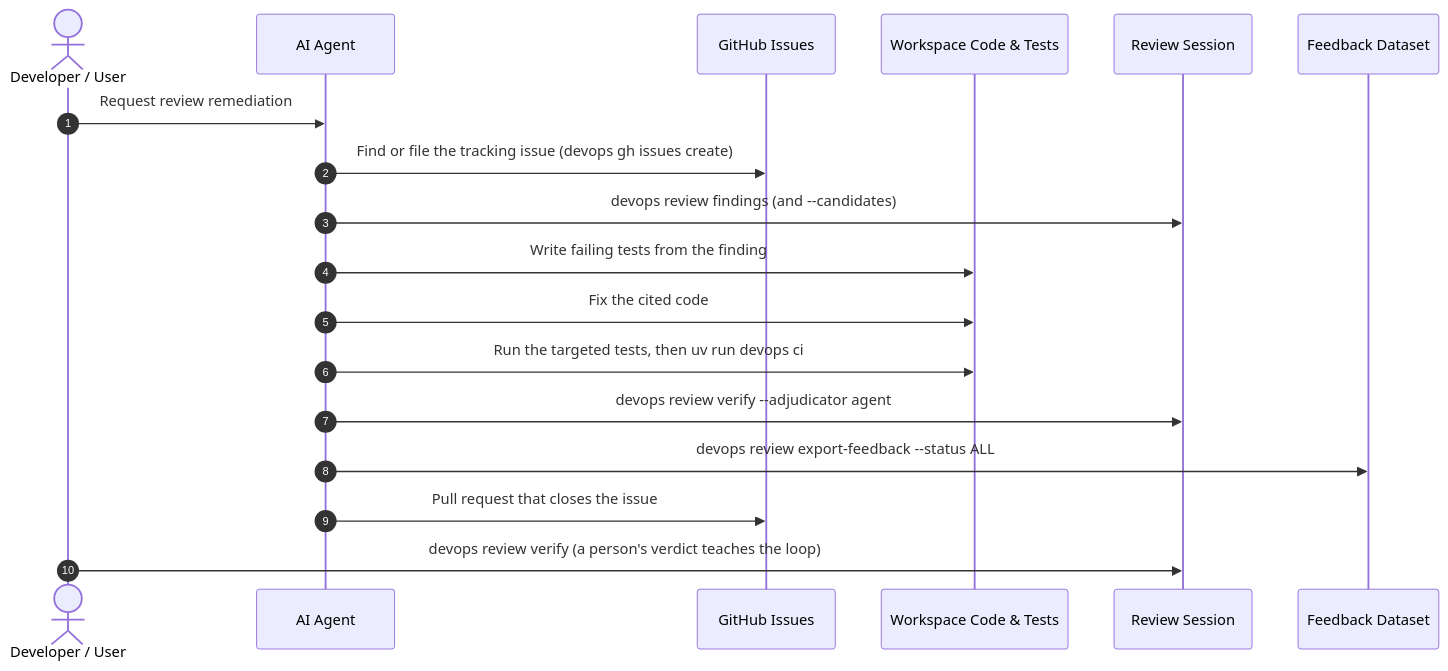
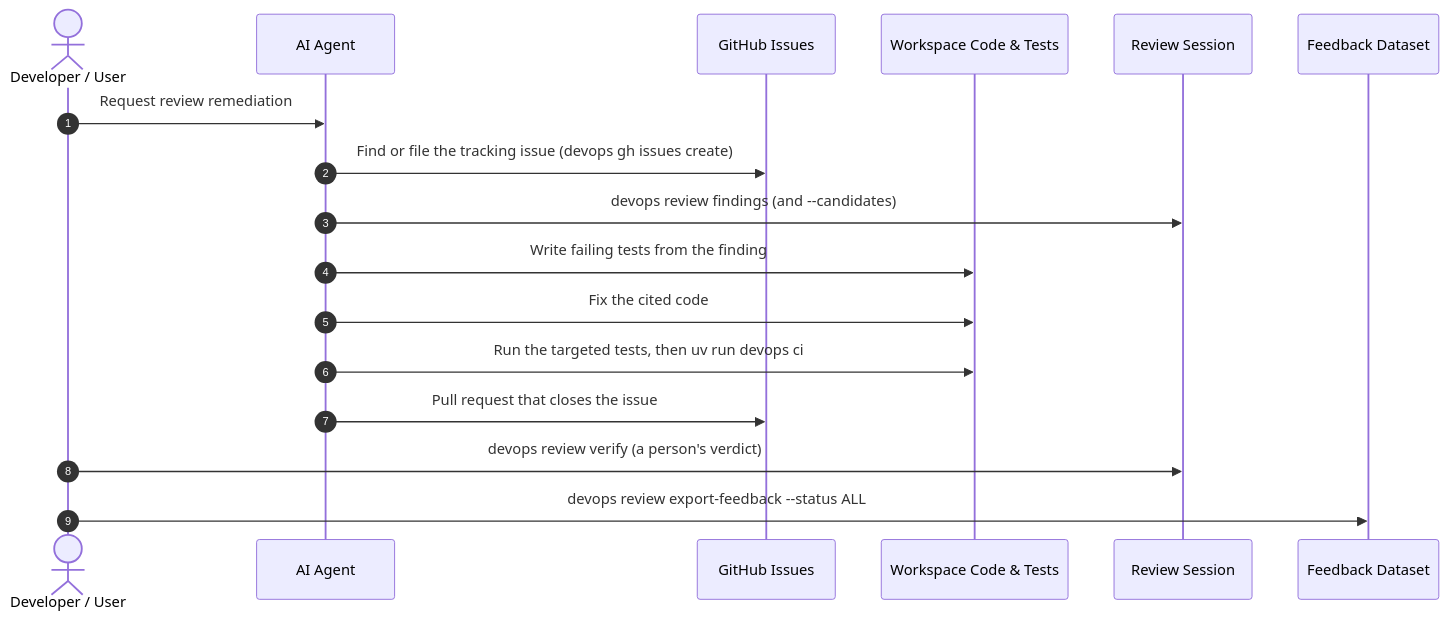
One commit to dan-petty/devops-cli changed the second of 2 diagrams in docs/SELF_IMPROVEMENT.md. Above: the diagram before and after it, drawn with Mermaid. The commit also changed other lines of this file and 330 other files, not shown here.

````diff
--- a/docs/SELF_IMPROVEMENT.md
+++ b/docs/SELF_IMPROVEMENT.md
@@ -535,21 +488,20 @@
 ```mermaid
 sequenceDiagram
     autonumber
     actor Person as Developer / User
     participant Agent as AI Agent
     participant GH as GitHub Issues
     participant Code as Workspace Code & Tests
     participant Session as Review Session
     participant Dataset as Feedback Dataset
 
     Person->>Agent: Request review remediation
     Agent->>GH: Find or file the tracking issue (devops gh issues create)
     Agent->>Session: devops review findings (and --candidates)
     Agent->>Code: Write failing tests from the finding
     Agent->>Code: Fix the cited code
     Agent->>Code: Run the targeted tests, then uv run devops ci
-    Agent->>Session: devops review verify --adjudicator agent
-    Agent->>Dataset: devops review export-feedback --status ALL
     Agent->>GH: Pull request that closes the issue
-    Person->>Session: devops review verify (a person's verdict teaches the loop)
+    Person->>Session: devops review verify (a person's verdict)
+    Person->>Dataset: devops review export-feedback --status ALL
 ```
````
